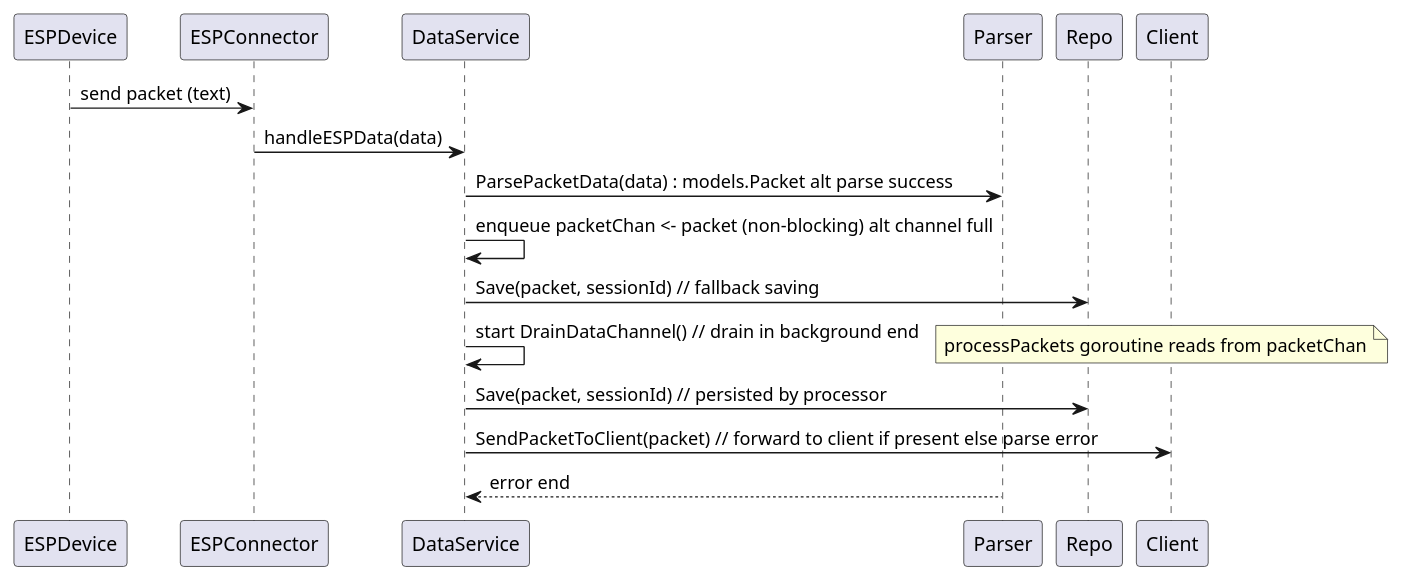
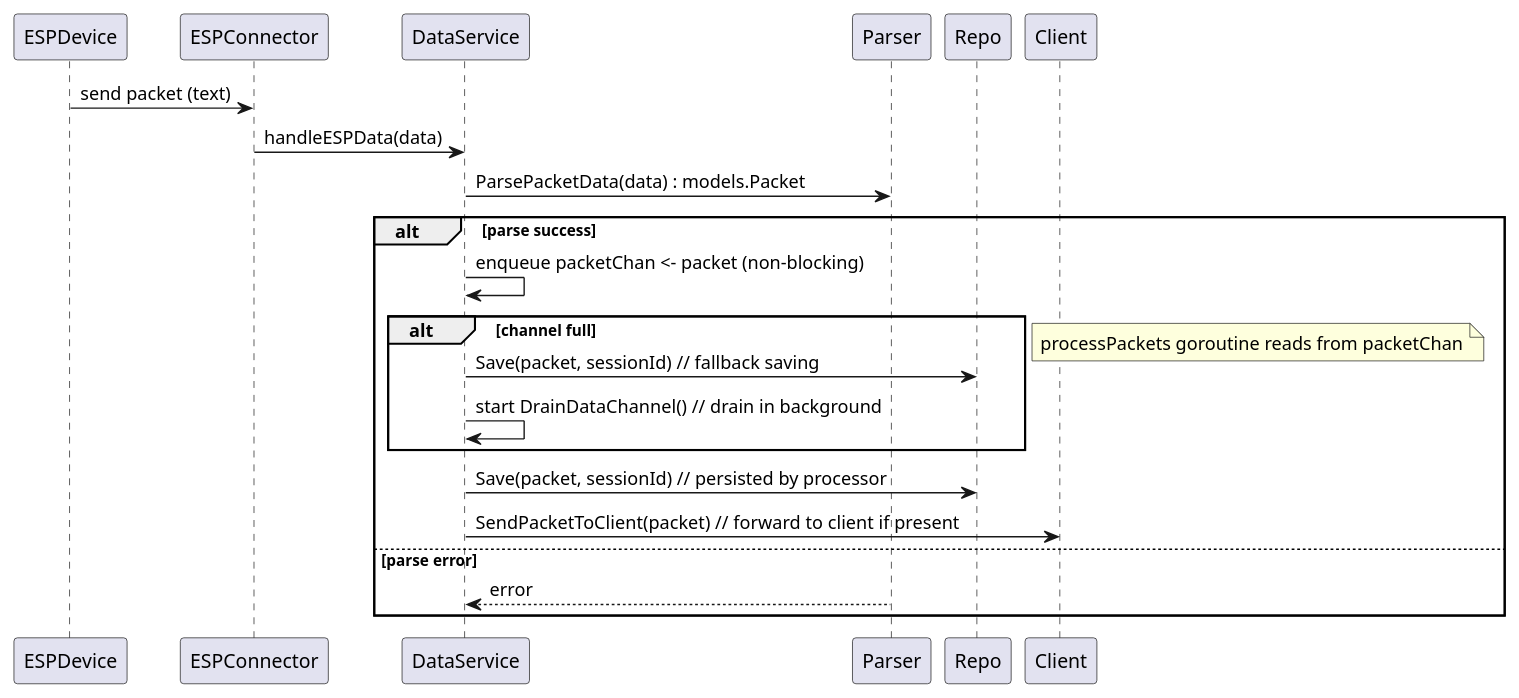
One commit to RedBlackHoodie/GsmLoraServer changed the diagram in doc/esp-server.puml. Above: the diagram before and after it, drawn with PlantUML. The commit also changed 5 other files, not shown here.

```diff
--- a/doc/esp-server.puml
+++ b/doc/esp-server.puml
@@ -1,13 +1,18 @@
 @startuml title ESP -> Server packet processing actor ESPDevice participant "ESPConnector" as ESPConnector participant "DataService" as DataService participant "PacketParser" as Parser participant "PostgresRepo" as Repo participant "Client" as Client
 
 ESPDevice -> ESPConnector: send packet (text)
 ESPConnector -> DataService: handleESPData(data)
-DataService -> Parser: ParsePacketData(data) : models.Packet alt parse success
-DataService -> DataService: enqueue packetChan <- packet (non-blocking) alt channel full
+DataService -> Parser: ParsePacketData(data) : models.Packet
+alt parse success
+DataService -> DataService: enqueue packetChan <- packet (non-blocking)
+alt channel full
 DataService -> Repo: Save(packet, sessionId) // fallback saving
-DataService -> DataService: start DrainDataChannel() // drain in background end
+DataService -> DataService: start DrainDataChannel() // drain in background
+end
 Note right: processPackets goroutine reads from packetChan
 DataService -> Repo: Save(packet, sessionId) // persisted by processor
-DataService -> Client: SendPacketToClient(packet) // forward to client if present else parse error
-Parser --> DataService: error end
+DataService -> Client: SendPacketToClient(packet) // forward to client if present
+else parse error
+Parser --> DataService: error
+end
 @enduml
```
